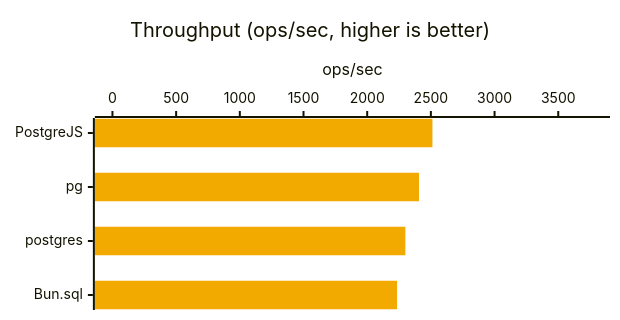
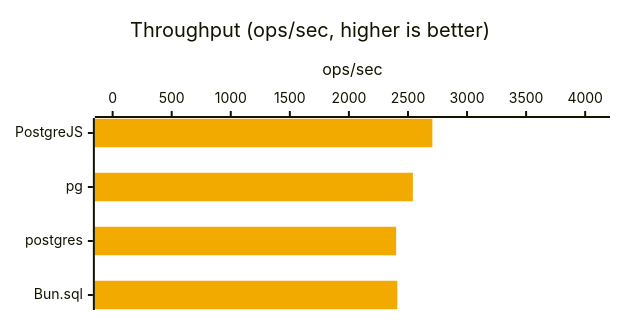
Before and after one commit to panates/postgrejs: the fifth of 47 diagrams in doc/BENCHMARKS-bun.md, drawn with Mermaid. The commit also changed other lines of this file and 1 other file, not shown here.

````diff
--- a/doc/BENCHMARKS-bun.md
+++ b/doc/BENCHMARKS-bun.md
@@ -162,8 +164,8 @@
 ```mermaid
 %%{init: {'xyChart': {'width': 600, 'height': 300, 'chartOrientation': 'horizontal'}, 'themeVariables': {'xyChart': {'plotColorPalette': '#f2a900'}}}}%%
 xychart-beta
     title "Throughput (ops/sec, higher is better)"
     x-axis ["PostgreJS", "pg", "postgres", "Bun.sql"]
-    y-axis "ops/sec" 0.0000 --> 3768.3304
-    bar [2512.2202, 2406.8311, 2299.6231, 2234.5788]
+    y-axis "ops/sec" 0.0000 --> 4059.6910
+    bar [2706.4607, 2541.1610, 2399.9264, 2409.9581]
 ```
````
